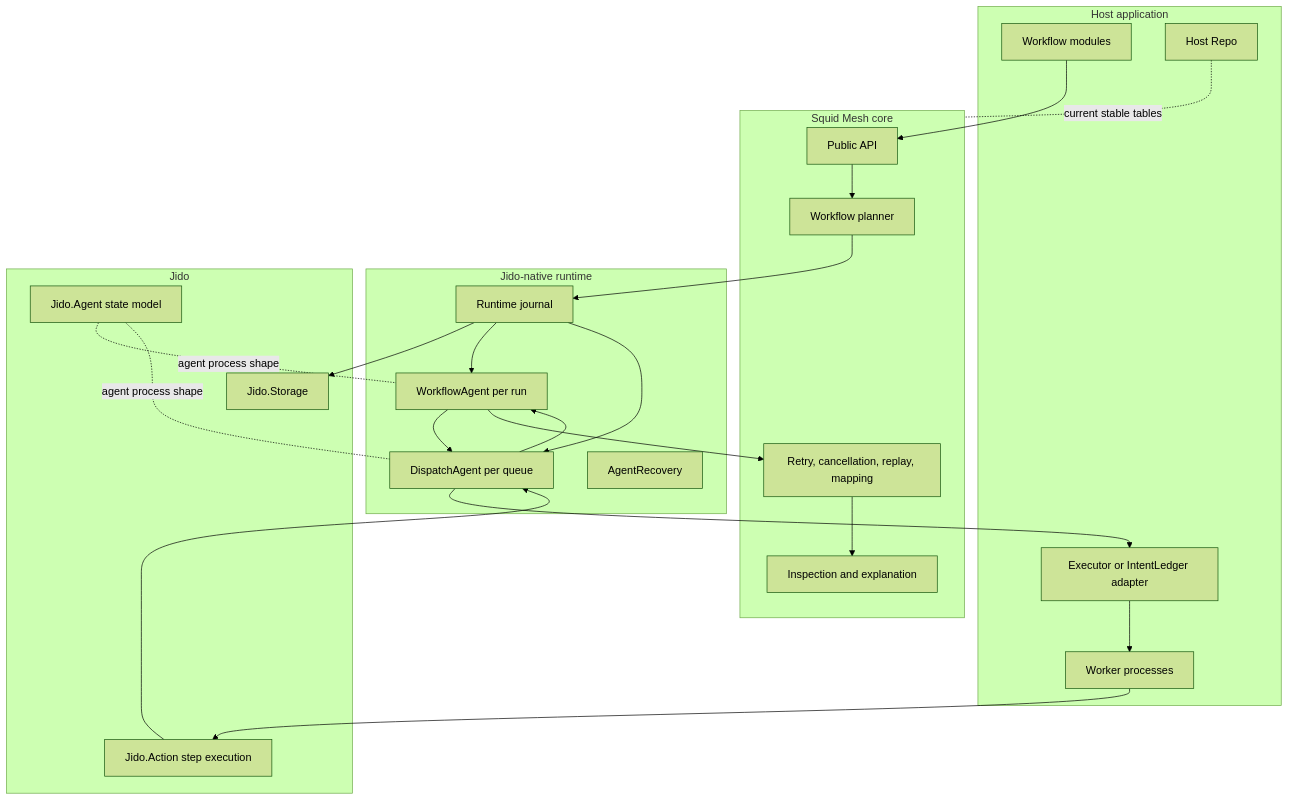
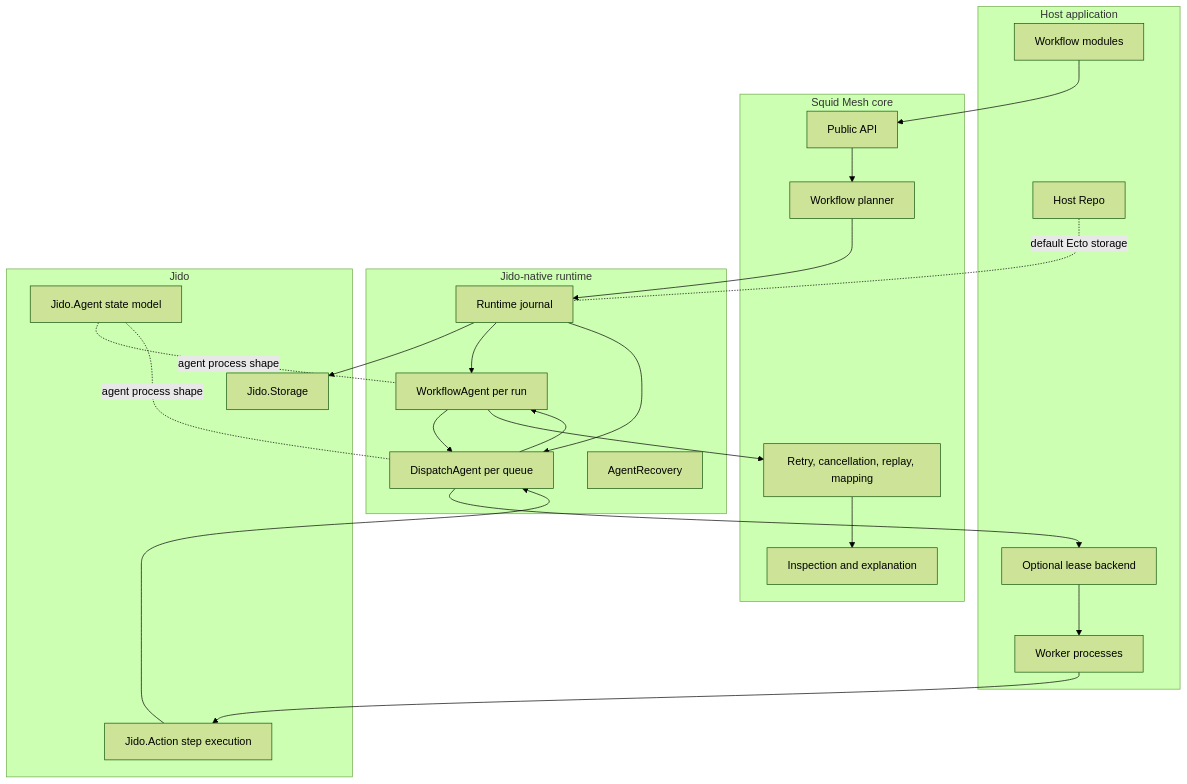
One commit to dark-trench/squid_mesh changed the first of 10 diagrams in docs/jido_runtime_architecture.md. Above: the diagram before and after it, drawn with Mermaid (forest theme). The commit also changed other lines of this file and 35 other files, not shown here.

````diff
--- a/docs/jido_runtime_architecture.md
+++ b/docs/jido_runtime_architecture.md
@@ -45,47 +42,47 @@
 ```mermaid
 flowchart TB
     subgraph HostApp[Host application]
         Workflow[Workflow modules]
         Repo[Host Repo]
-        Executor[Executor or IntentLedger adapter]
+        Backend[Optional lease backend]
         Workers[Worker processes]
     end
 
     subgraph Core[Squid Mesh core]
         API[Public API]
         Planner[Workflow planner]
         Policies[Retry, cancellation, replay, mapping]
         Inspector[Inspection and explanation]
     end
 
     subgraph JidoRuntime[Jido-native runtime]
         Journal[Runtime journal]
         WorkflowAgent[WorkflowAgent per run]
         DispatchAgent[DispatchAgent per queue]
         Recovery[AgentRecovery]
     end
 
     subgraph Jido[Jido]
         Storage[Jido.Storage]
         Actions[Jido.Action step execution]
         AgentModel[Jido.Agent state model]
     end
 
     Workflow --> API
     API --> Planner
     Planner --> Journal
     Journal --> Storage
     Journal --> WorkflowAgent
     Journal --> DispatchAgent
     WorkflowAgent --> DispatchAgent
-    DispatchAgent --> Executor
-    Executor --> Workers
+    DispatchAgent --> Backend
+    Backend --> Workers
     Workers --> Actions
     Actions --> DispatchAgent
     DispatchAgent --> WorkflowAgent
     WorkflowAgent --> Policies
     Policies --> Inspector
-    Repo -. current stable tables .- Core
+    Repo -. default Ecto storage .- Journal
     AgentModel -. agent process shape .- WorkflowAgent
     AgentModel -. agent process shape .- DispatchAgent
 ```
````
